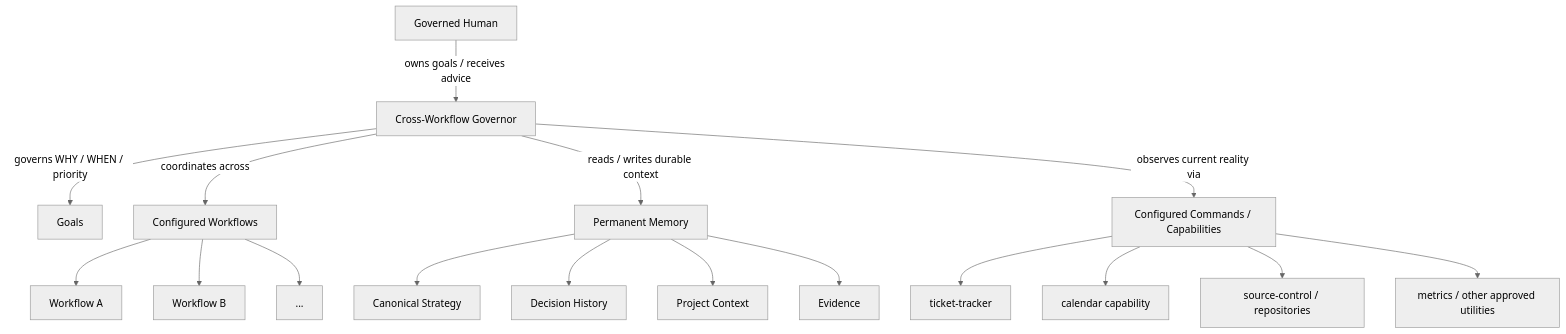
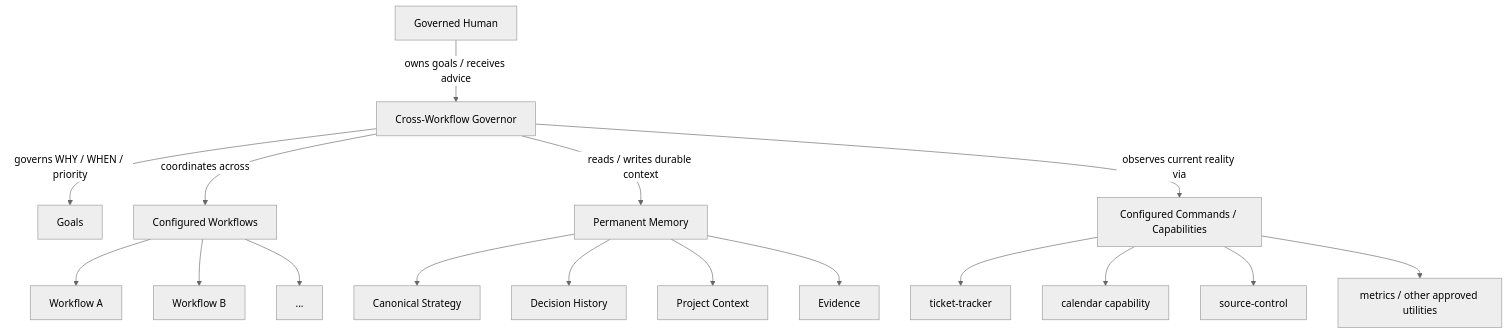
Before and after one commit to starodubtsevconsulting/ai-fleas: the third of 6 diagrams in ai-workflows/_common/roles/cross-workflow-governor.md, drawn with Mermaid (neutral theme). The commit also changed other lines of this file, not shown here.

````diff
--- a/ai-workflows/_common/roles/cross-workflow-governor.md
+++ b/ai-workflows/_common/roles/cross-workflow-governor.md
@@ -48,22 +48,22 @@
 ```mermaid
 flowchart TD
     H[Governed Human] -->|owns goals / receives advice| G[Cross-Workflow Governor]
     G -->|governs WHY / WHEN / priority| GOALS[Goals]
     G -->|coordinates across| W[Configured Workflows]
     G -->|reads / writes durable context| M[Permanent Memory]
     G -->|observes current reality via| C[Configured Commands / Capabilities]
 
     W --> W1[Workflow A]
     W --> W2[Workflow B]
     W --> WX[...]
 
     M --> M1[Canonical Strategy]
     M --> M2[Decision History]
     M --> M3[Project Context]
     M --> M4[Evidence]
 
     C --> C1[ticket-tracker]
     C --> C2[calendar capability]
-    C --> C3[source-control / repositories]
+    C --> C3[source-control]
     C --> C4[metrics / other approved utilities]
 ```
````
